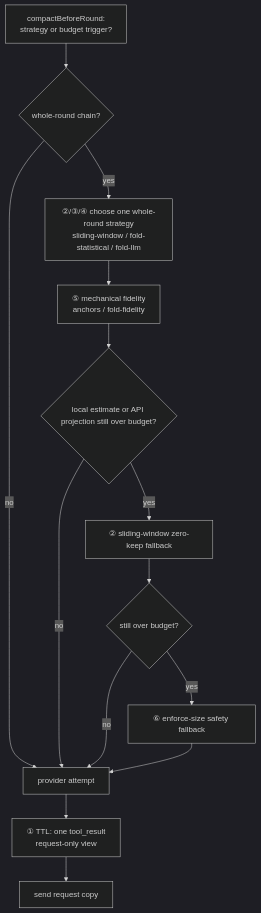
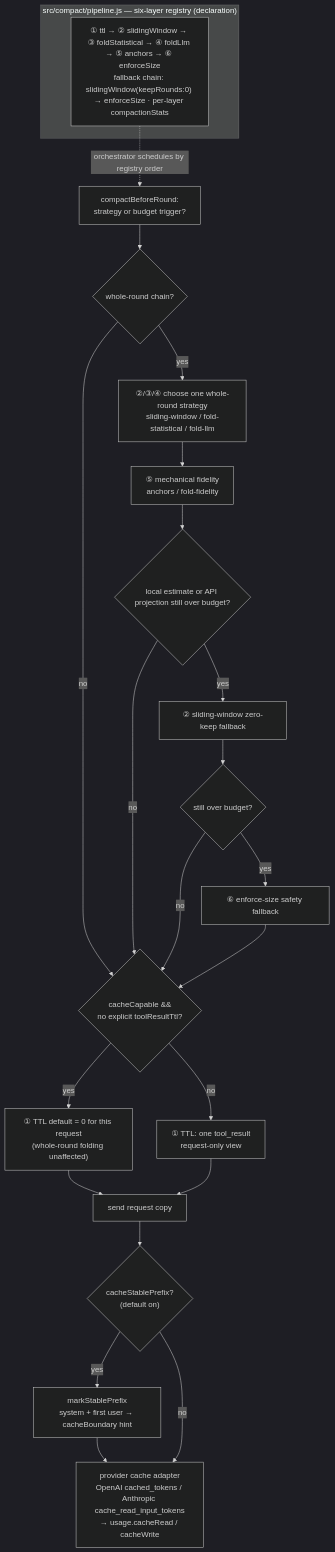
The fourth of 5 diagrams in docs/charts.md (ErixWong/erix-agent), drawn with Mermaid (dark theme) before and after one commit. The commit also changed other lines of this file and 3 other files, not shown here.

Commit message:
docs: charts 五图与实际架构对齐 (#57)

````diff
--- a/docs/charts.md
+++ b/docs/charts.md
@@ -248,16 +264,26 @@
 ```mermaid
 flowchart TD
+    subgraph reg["src/compact/pipeline.js — six-layer registry (declaration)"]
+        REG["① ttl → ② slidingWindow → ③ foldStatistical → ④ foldLlm → ⑤ anchors → ⑥ enforceSize<br/>fallback chain: slidingWindow(keepRounds:0) → enforceSize · per-layer compactionStats"]
+    end
+    REG -. "orchestrator schedules by registry order" .-> A
     A["compactBeforeRound:<br/>strategy or budget trigger?"] --> B{"whole-round chain?"}
-    B -- no --> E["provider attempt"]
+    B -- no --> CC{"cacheCapable &&<br/>no explicit toolResultTtl?"}
     B -- yes --> C["②/③/④ choose one whole-round strategy<br/>sliding-window / fold-statistical / fold-llm"]
     C --> D["⑤ mechanical fidelity<br/>anchors / fold-fidelity"]
     D --> F{"local estimate or API projection still over budget?"}
-    F -- no --> E
+    F -- no --> CC
     F -- yes --> G["② sliding-window zero-keep fallback"]
     G --> H{"still over budget?"}
-    H -- no --> E
+    H -- no --> CC
     H -- yes --> I["⑥ enforce-size safety fallback"]
-    I --> E
-    E --> J["① TTL: one tool_result<br/>request-only view"]
-    J --> Z["send request copy"]
+    I --> CC
+    CC -- yes --> T0["① TTL default = 0 for this request<br/>(whole-round folding unaffected)"]
+    CC -- no --> J["① TTL: one tool_result<br/>request-only view"]
+    T0 --> Z["send request copy"]
+    J --> Z
+    Z --> SP{"cacheStablePrefix?<br/>(default on)"}
+    SP -- yes --> SPM["markStablePrefix<br/>system + first user → cacheBoundary hint"]
+    SPM --> ADAPT["provider cache adapter<br/>OpenAI cached_tokens / Anthropic cache_read_input_tokens<br/>→ usage.cacheRead / cacheWrite"]
+    SP -- no --> ADAPT
 ```
````
